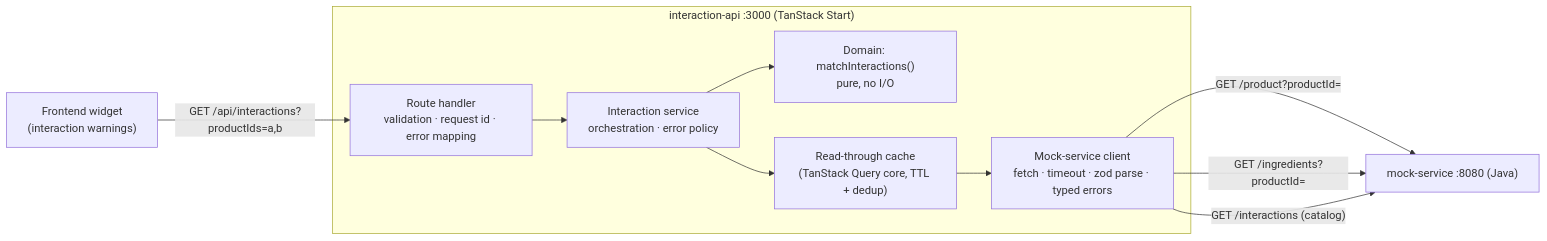
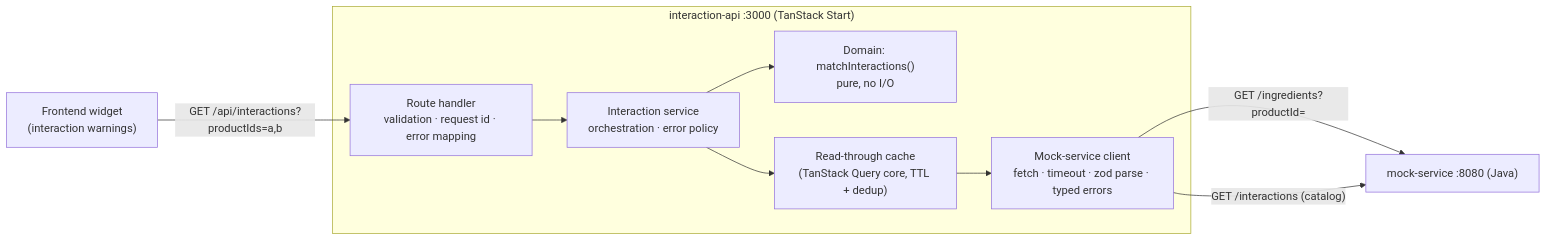
One commit to hkashlan/redcare-interactions changed the first of 3 diagrams in docs/architecture.md. Above: the diagram before and after it, drawn with Mermaid. The commit also changed other lines of this file and 13 other files, not shown here.

````diff
--- a/docs/architecture.md
+++ b/docs/architecture.md
@@ -7,21 +7,20 @@
 ```mermaid
 flowchart LR
     Widget["Frontend widget<br/>(interaction warnings)"]
     subgraph interactionApi ["interaction-api :3000 (TanStack Start)"]
         Handler["Route handler<br/>validation · request id · error mapping"]
         Service["Interaction service<br/>orchestration · error policy"]
         Domain["Domain: matchInteractions()<br/>pure, no I/O"]
         Cache["Read-through cache<br/>(TanStack Query core, TTL + dedup)"]
         Client["Mock-service client<br/>fetch · timeout · zod parse · typed errors"]
     end
     Mock["mock-service :8080 (Java)"]
 
     Widget -->|"GET /api/interactions?productIds=a,b"| Handler
     Handler --> Service
     Service --> Domain
     Service --> Cache
     Cache --> Client
-    Client -->|"GET /product?productId="| Mock
     Client -->|"GET /ingredients?productId="| Mock
     Client -->|"GET /interactions (catalog)"| Mock
 ```
````
